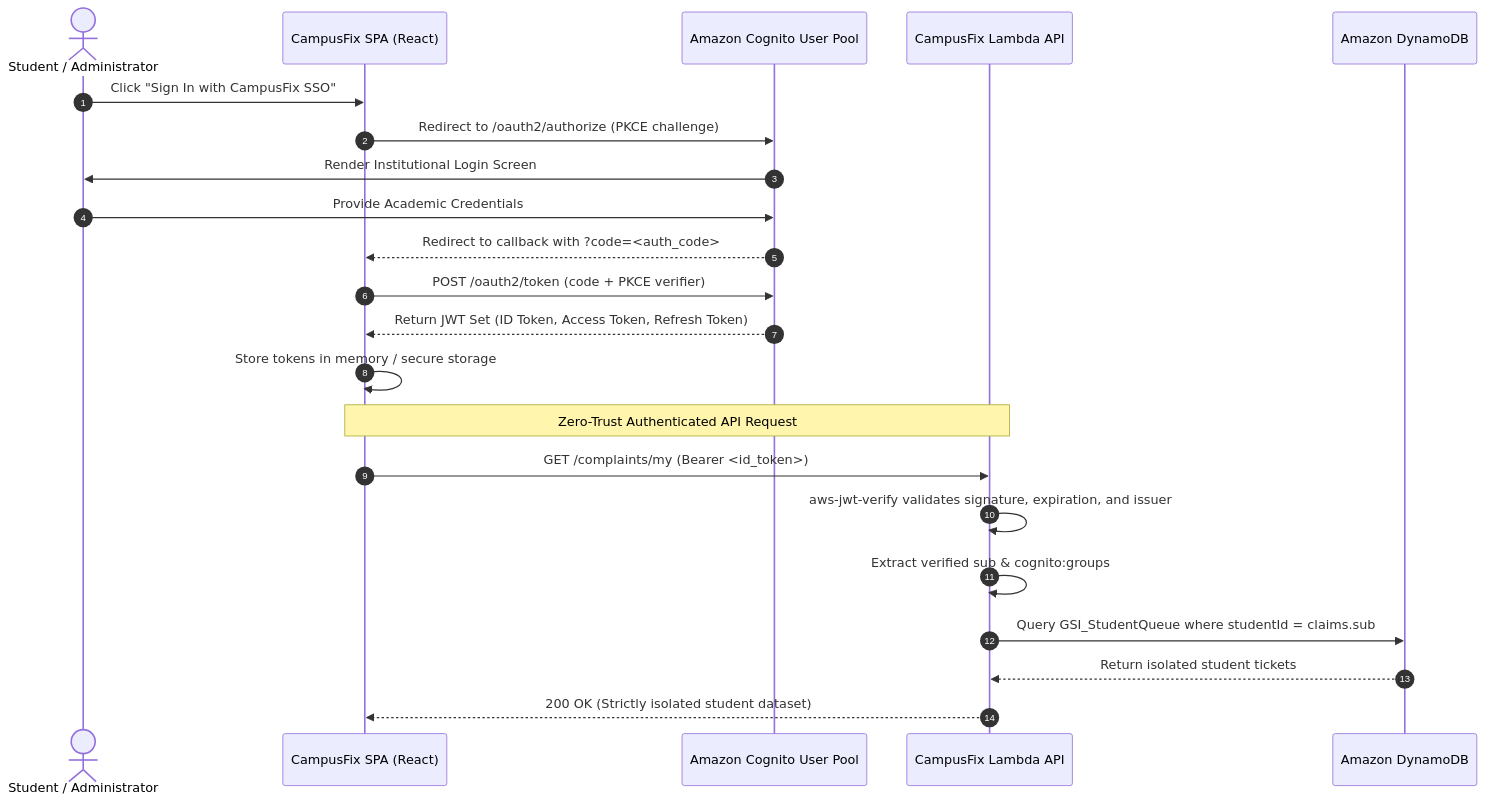
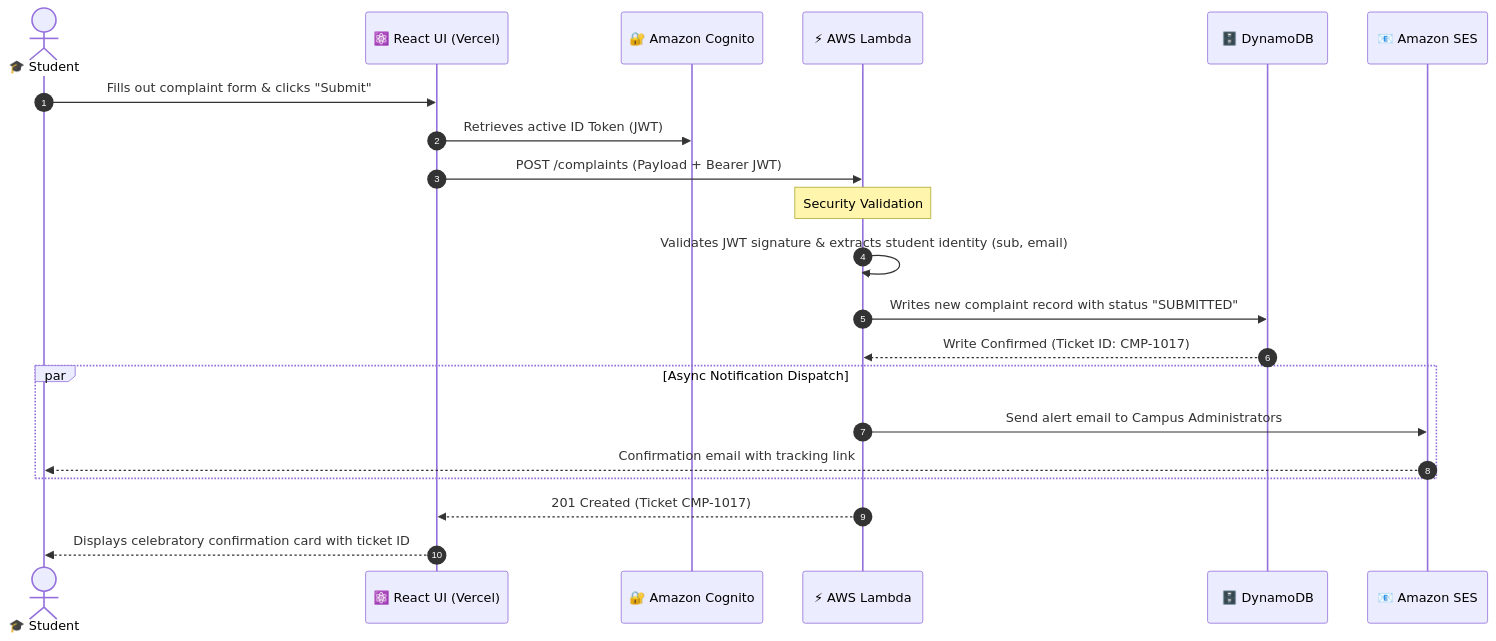
Before and after one commit to Ranjitpatra26/CAMPUS-FIX: the second of 5 diagrams in README.md, drawn with Mermaid. The commit also changed other lines of this file and 9 other files, not shown here.

````diff
--- a/README.md
+++ b/README.md
@@ -191,26 +181,28 @@
 ```mermaid
 sequenceDiagram
     autonumber
-    actor User as Student / Administrator
-    participant Browser as CampusFix SPA (React)
-    participant Cognito as Amazon Cognito User Pool
-    participant Lambda as CampusFix Lambda API
-    participant DDB as Amazon DynamoDB
+    actor Student as 🎓 Student
+    participant Frontend as ⚛️ React UI (Vercel)
+    participant Cognito as 🔐 Amazon Cognito
+    participant Lambda as ⚡ AWS Lambda
+    participant DynamoDB as 🗄️ DynamoDB
+    participant SES as 📧 Amazon SES
 
-    User->>Browser: Click "Sign In with CampusFix SSO"
-    Browser->>Cognito: Redirect to /oauth2/authorize (PKCE challenge)
-    Cognito->>User: Render Institutional Login Screen
-    User->>Cognito: Provide Academic Credentials
-    Cognito-->>Browser: Redirect to callback with ?code=<auth_code>
-    Browser->>Cognito: POST /oauth2/token (code + PKCE verifier)
-    Cognito-->>Browser: Return JWT Set (ID Token, Access Token, Refresh Token)
-    Browser->>Browser: Store tokens in memory / secure storage
+    Student->>Frontend: Fills out complaint form & clicks "Submit"
+    Frontend->>Cognito: Retrieves active ID Token (JWT)
+    Frontend->>Lambda: POST /complaints (Payload + Bearer JWT)
     
-    Note over Browser,Lambda: Zero-Trust Authenticated API Request
-    Browser->>Lambda: GET /complaints/my (Bearer <id_token>)
-    Lambda->>Lambda: aws-jwt-verify validates signature, expiration, and issuer
-    Lambda->>Lambda: Extract verified sub & cognito:groups
-    Lambda->>DDB: Query GSI_StudentQueue where studentId = claims.sub
-    DDB-->>Lambda: Return isolated student tickets
-    Lambda-->>Browser: 200 OK (Strictly isolated student dataset)
+    Note over Lambda: Security Validation
+    Lambda->>Lambda: Validates JWT signature & extracts student identity (sub, email)
+    
+    Lambda->>DynamoDB: Writes new complaint record with status "SUBMITTED"
+    DynamoDB-->>Lambda: Write Confirmed (Ticket ID: CMP-1017)
+    
+    par Async Notification Dispatch
+        Lambda->>SES: Send alert email to Campus Administrators
+        SES-->>Student: Confirmation email with tracking link
+    end
+    
+    Lambda-->>Frontend: 201 Created (Ticket CMP-1017)
+    Frontend-->>Student: Displays celebratory confirmation card with ticket ID
 ```
````
